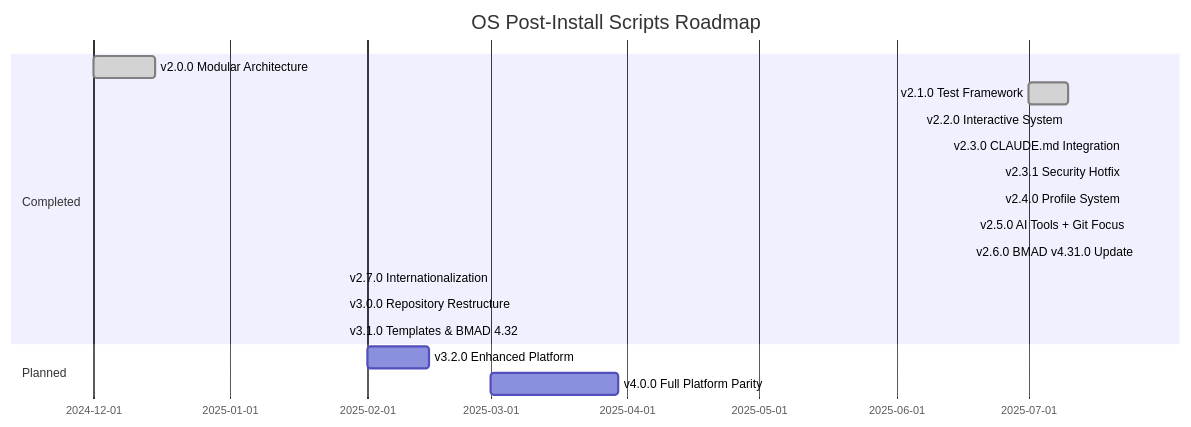
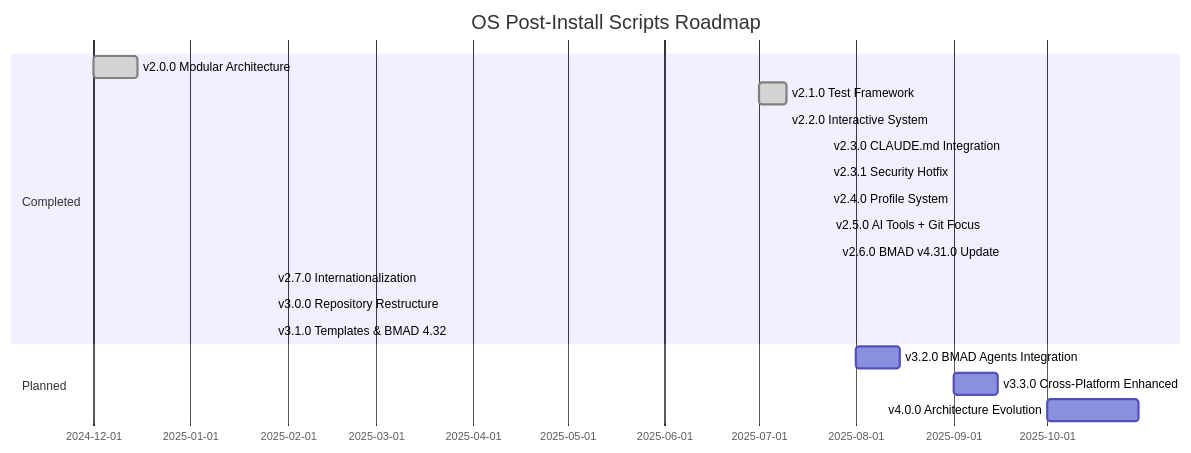
One commit to BragatteMAS/os-postinstall-scripts changed the diagram in ROADMAP.md. Above: the diagram before and after it, drawn with Mermaid. The commit also changed other lines of this file and 2 other files, not shown here.

First line of the commit message:
fix: correct timeline dates to July 2025 future

````diff
--- a/ROADMAP.md
+++ b/ROADMAP.md
@@ -11,20 +11,21 @@
 ```mermaid
 gantt
     title OS Post-Install Scripts Roadmap
     dateFormat YYYY-MM-DD
     section Completed
         v2.0.0 Modular Architecture    :done, 2024-12-01, 2024-12-15
         v2.1.0 Test Framework          :done, 2025-07-01, 2025-07-10
         v2.2.0 Interactive System      :done, 2025-07-10, 2025-07-10
         v2.3.0 CLAUDE.md Integration   :done, 2025-07-23, 2025-07-23
         v2.3.1 Security Hotfix         :done, 2025-07-23, 2025-07-23
         v2.4.0 Profile System          :done, 2025-07-23, 2025-07-23
         v2.5.0 AI Tools + Git Focus    :done, 2025-07-24, 2025-07-24
         v2.6.0 BMAD v4.31.0 Update     :done, 2025-07-26, 2025-07-26
         v2.7.0 Internationalization   :done, 2025-01-27, 2025-01-27
         v3.0.0 Repository Restructure  :done, 2025-01-27, 2025-01-27
         v3.1.0 Templates & BMAD 4.32   :done, 2025-01-27, 2025-01-27
     section Planned
-        v3.2.0 Enhanced Platform       :2025-02-01, 2025-02-15
-        v4.0.0 Full Platform Parity    :2025-03-01, 2025-03-30
+        v3.2.0 BMAD Agents Integration :2025-08-01, 2025-08-15
+        v3.3.0 Cross-Platform Enhanced :2025-09-01, 2025-09-15
+        v4.0.0 Architecture Evolution  :2025-10-01, 2025-10-30
 ```
````
